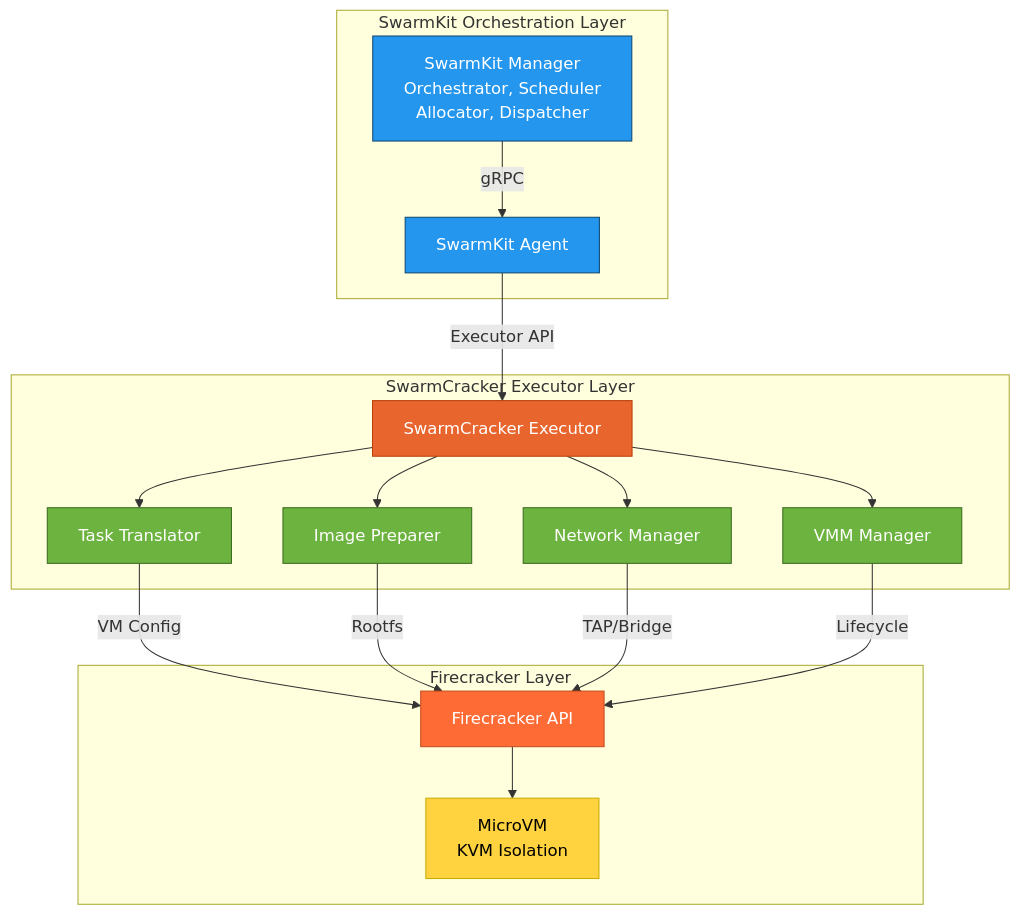
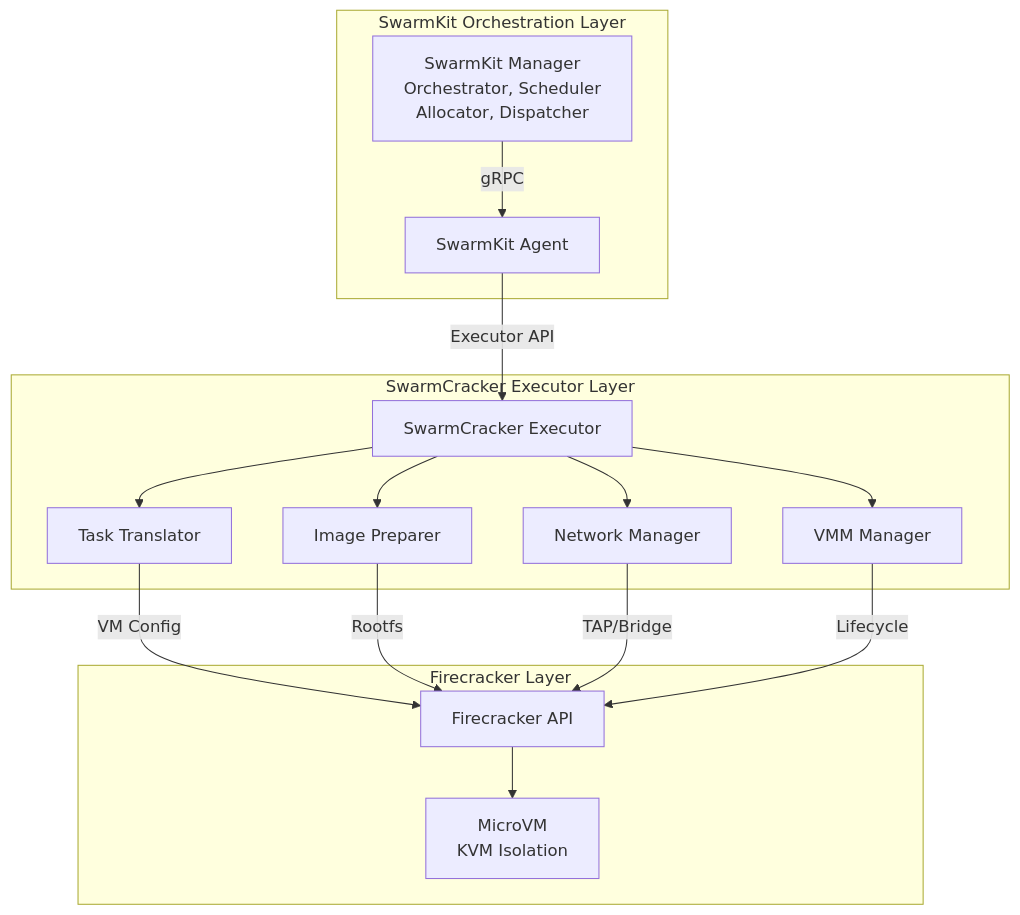
One commit to restuhaqza/SwarmCracker changed the first of 5 diagrams in docs/ARCHITECTURE.md. Above: the diagram before and after it, drawn with Mermaid. The commit also changed other lines of this file, not shown here.

First line of the commit message:
docs: remove custom styling from Mermaid diagrams

````diff
--- a/docs/ARCHITECTURE.md
+++ b/docs/ARCHITECTURE.md
@@ -5,42 +5,33 @@
 ```mermaid
 graph TB
     subgraph "SwarmKit Orchestration Layer"
         MGR[SwarmKit Manager<br/>Orchestrator, Scheduler<br/>Allocator, Dispatcher]
         AGENT[SwarmKit Agent]
     end
 
     subgraph "SwarmCracker Executor Layer"
         EXEC[SwarmCracker Executor]
         TRANS[Task Translator]
         IMG[Image Preparer]
         NET[Network Manager]
         VMM[VMM Manager]
     end
 
     subgraph "Firecracker Layer"
         FC[Firecracker API]
         MICROVM[MicroVM<br/>KVM Isolation]
     end
 
     MGR -->|gRPC| AGENT
     AGENT -->|Executor API| EXEC
     EXEC --> TRANS
     EXEC --> IMG
     EXEC --> NET
     EXEC --> VMM
     TRANS -->|VM Config| FC
     IMG -->|Rootfs| FC
     NET -->|TAP/Bridge| FC
     VMM -->|Lifecycle| FC
     FC --> MICROVM
 
-    style MGR fill:#2496ED,stroke:#0D4771,color:#fff
-    style AGENT fill:#2496ED,stroke:#0D4771,color:#fff
-    style EXEC fill:#E8652D,stroke:#B8400A,color:#fff
-    style TRANS fill:#6DB33F,stroke:#3A6A1F,color:#fff
-    style IMG fill:#6DB33F,stroke:#3A6A1F,color:#fff
-    style NET fill:#6DB33F,stroke:#3A6A1F,color:#fff
-    style VMM fill:#6DB33F,stroke:#3A6A1F,color:#fff
-    style FC fill:#FF6B35,stroke:#C44D1D,color:#fff
-    style MICROVM fill:#FFD23F,stroke:#CCAA00,color:#000
 ```
````
